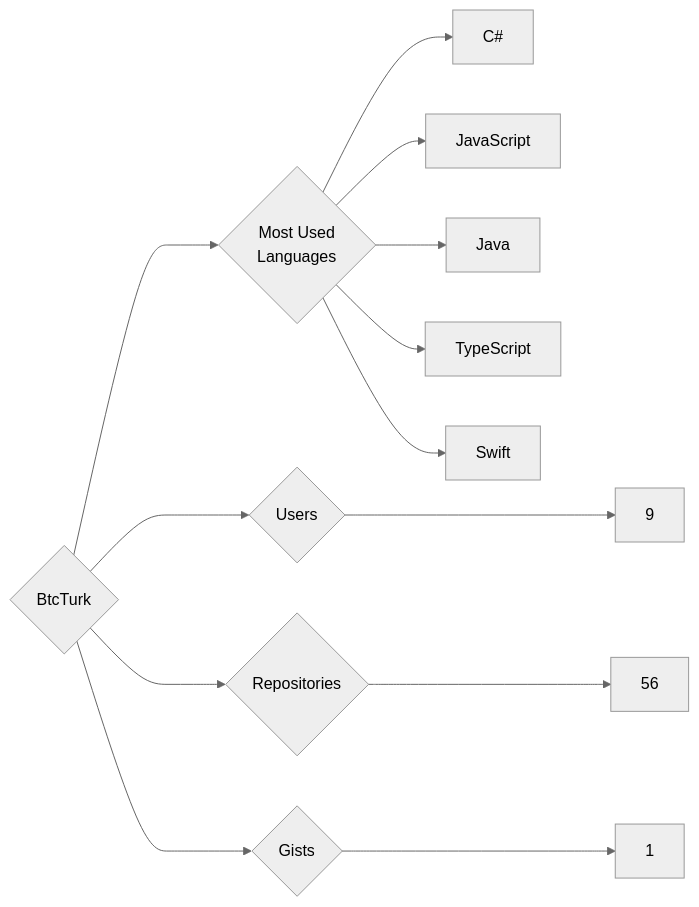
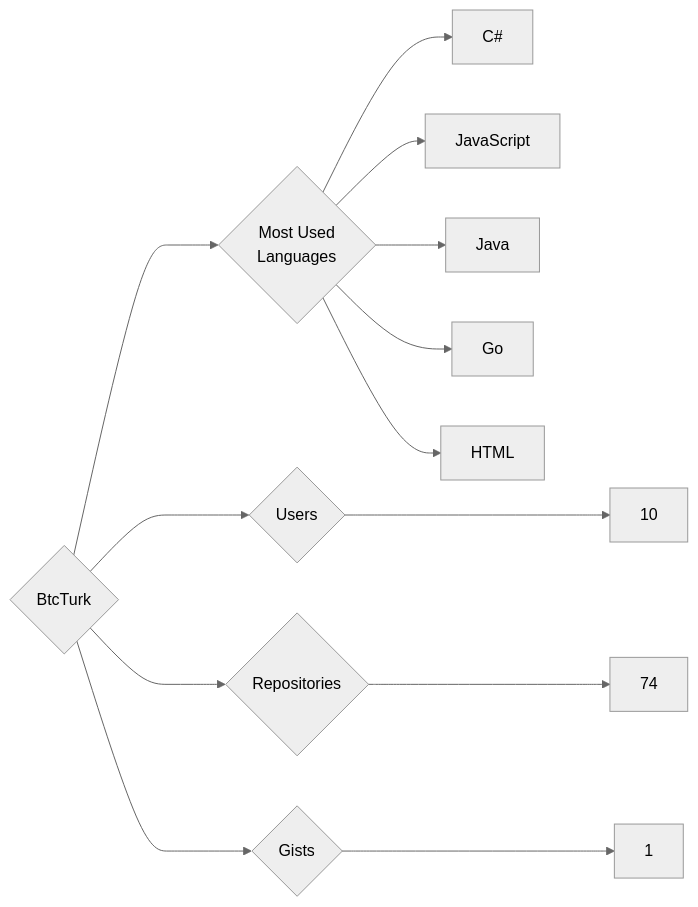
The diagram in targets/BtcTurk/README.md (trickest/insiders), drawn with Mermaid (neutral theme) before and after one commit. The commit also changed 614 other files, not shown here.

````diff
--- a/targets/BtcTurk/README.md
+++ b/targets/BtcTurk/README.md
@@ -3,13 +3,13 @@
 ```mermaid
 graph LR
 COMPANY_NAME{BtcTurk}
-COMPANY_NAME ---> U{Users} ---> UN[9]
-COMPANY_NAME ---> R{Repositories} ---> RN[56]
+COMPANY_NAME ---> U{Users} ---> UN[10]
+COMPANY_NAME ---> R{Repositories} ---> RN[74]
 COMPANY_NAME ---> G{Gists} ---> GN[1]
 COMPANY_NAME ---> ML{Most Used<br>Languages}
 ML --> C#[C#]
 ML --> JavaScript[JavaScript]
 ML --> Java[Java]
-ML --> TypeScript[TypeScript]
-ML --> Swift[Swift]
+ML --> Go[Go]
+ML --> HTML[HTML]
 ```
````
